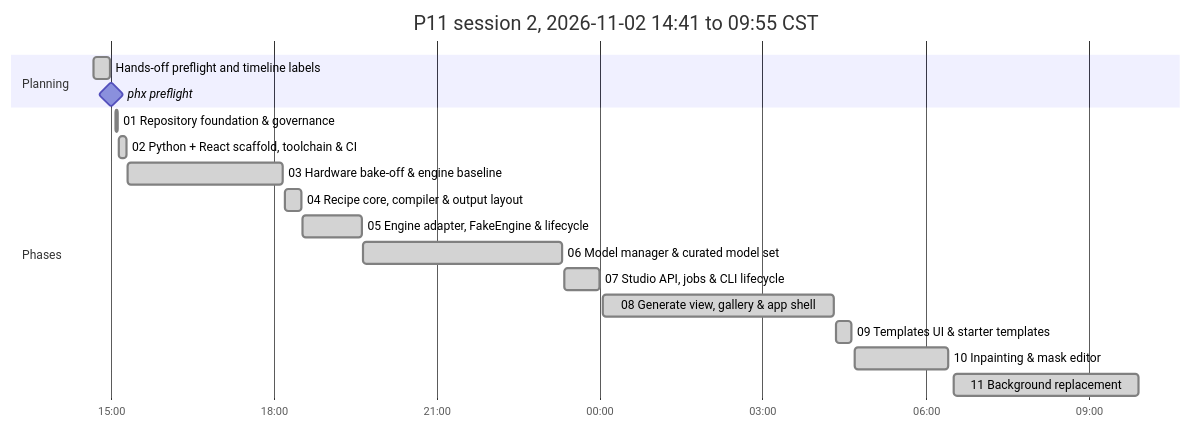
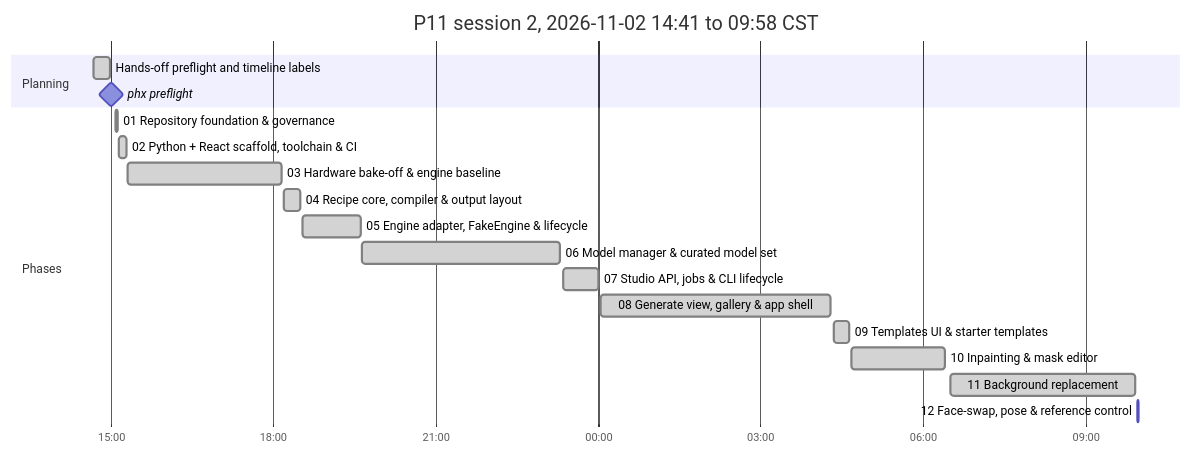
One commit to antonizick/project1111 changed the second of 2 diagrams in P11_IMPLEMENTATION_PLAN.md. Above: the diagram before and after it, drawn with Mermaid. The commit also changed other lines of this file and 1 other file, not shown here.

Commit message:
docs(plan): refresh timeline

````diff
--- a/P11_IMPLEMENTATION_PLAN.md
+++ b/P11_IMPLEMENTATION_PLAN.md
@@ -74,21 +74,22 @@
 ```mermaid
 gantt
-    title P11 session 2, 2026-11-02 14:41 to 09:55 CST
+    title P11 session 2, 2026-11-02 14:41 to 09:58 CST
     dateFormat YYYY-MM-DD HH:mm
     axisFormat %H:%M
     section Planning
     Hands-off preflight and timeline labels :done, plan3, 2026-11-02 14:41, 2026-11-02 14:59
     phx preflight :milestone, pf13ee0d5, 2026-11-02 15:00, 0m
     section Phases
     01 Repository foundation & governance :done, p01s2, 2026-11-02 15:05, 2026-11-02 15:08
     02 Python + React scaffold, toolchain & CI :done, p02s2, 2026-11-02 15:09, 2026-11-02 15:18
     03 Hardware bake-off & engine baseline :done, p03s2, 2026-11-02 15:19, 2026-11-02 18:10
     04 Recipe core, compiler & output layout :done, p04s2, 2026-11-02 18:12, 2026-11-02 18:30
     05 Engine adapter, FakeEngine & lifecycle :done, p05s2, 2026-11-02 18:32, 2026-11-02 19:37
     06 Model manager & curated model set :done, p06s2, 2026-11-02 19:39, 2026-11-02 23:18
     07 Studio API, jobs & CLI lifecycle :done, p07s2, 2026-11-02 23:21, 2026-11-03 00:00
     08 Generate view, gallery & app shell :done, p08s2, 2026-11-03 00:03, 2026-11-03 04:18
     09 Templates UI & starter templates :done, p09s2, 2026-11-03 04:21, 2026-11-03 04:38
     10 Inpainting & mask editor :done, p10s2, 2026-11-03 04:41, 2026-11-03 06:25
     11 Background replacement :done, p11s2, 2026-11-03 06:31, 2026-11-03 09:55
+    12 Face-swap, pose & reference control :active, p12s2, 2026-11-03 09:58, 2026-11-03 09:59
 ```
````
